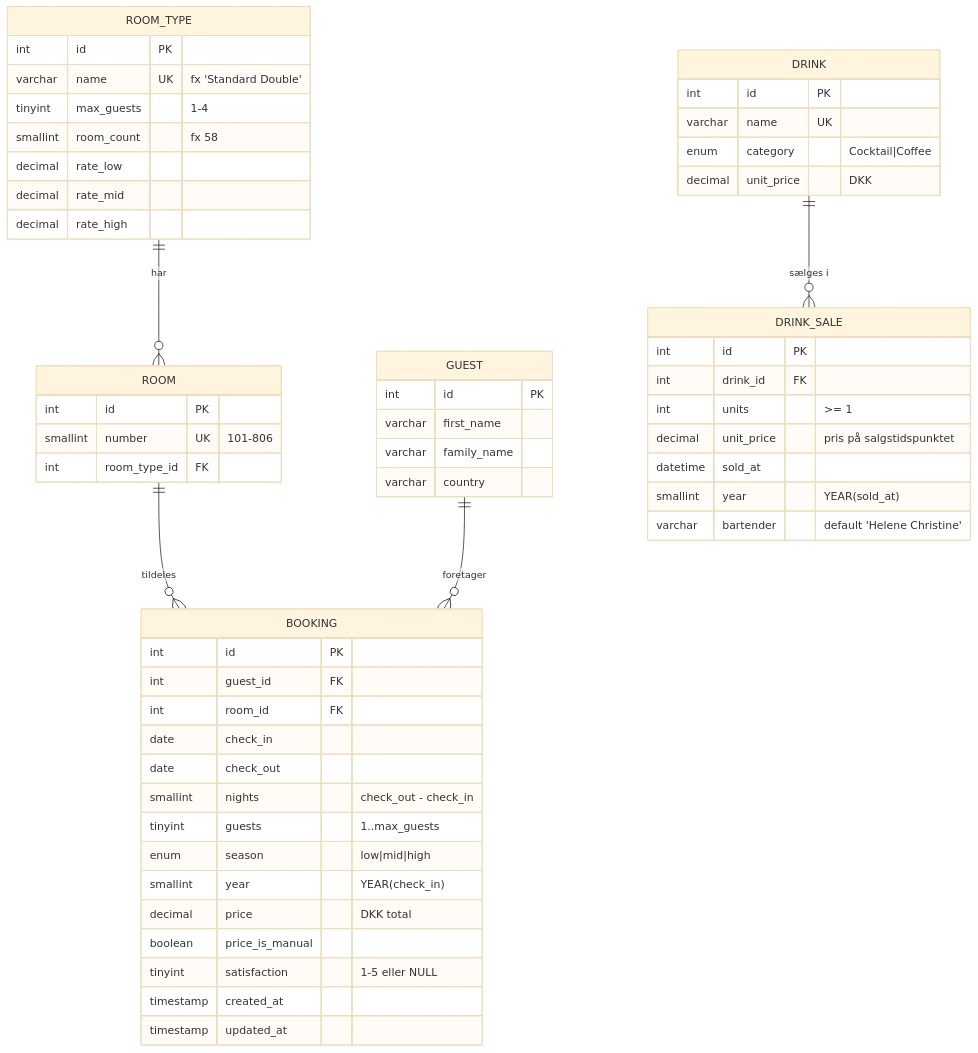
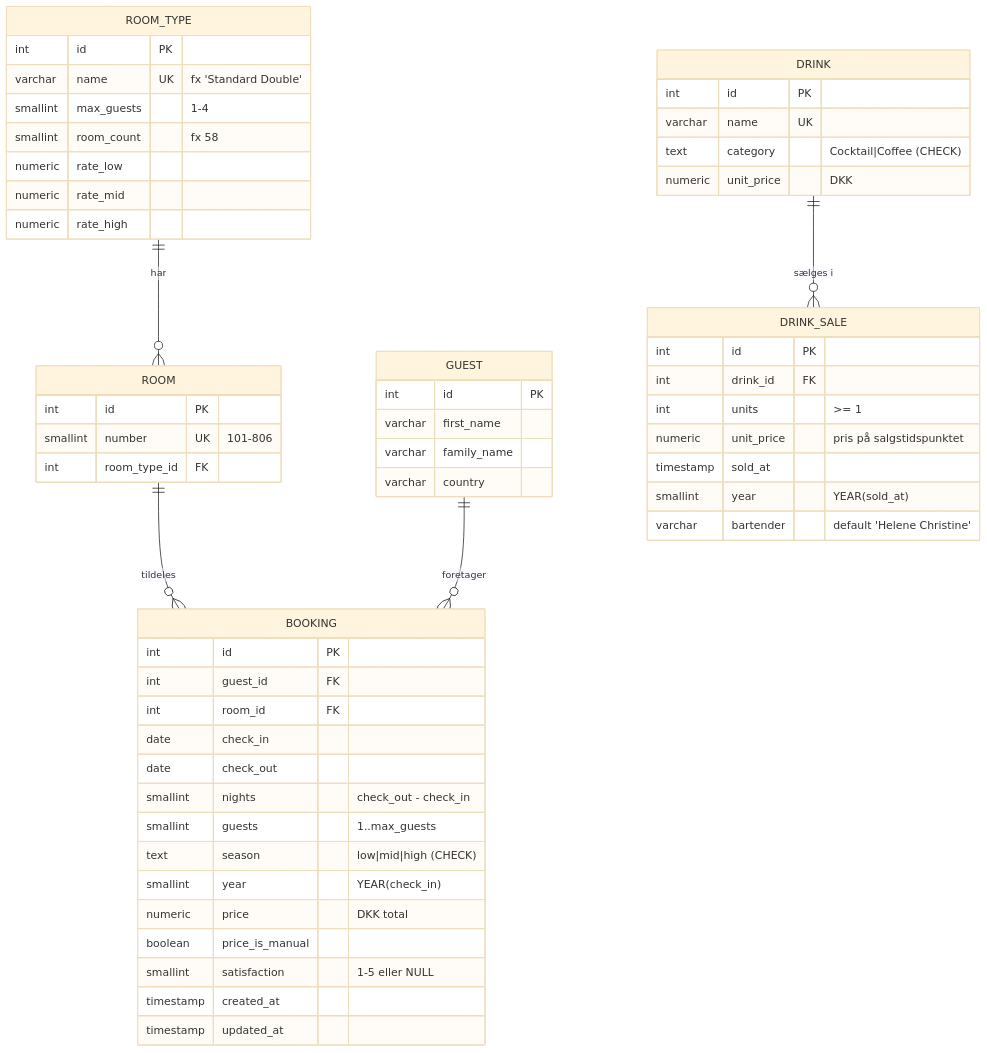
One commit to SebastianHoilund/Projekt-HotelKongArthur changed the first of 2 diagrams in specs/001-hotel-analytics-platform/data-model.md. Above: the diagram before and after it, drawn with Mermaid (base theme). The commit also changed other lines of this file and 8 other files, not shown here.

````diff
--- a/specs/001-hotel-analytics-platform/data-model.md
+++ b/specs/001-hotel-analytics-platform/data-model.md
@@ -9,59 +9,59 @@
 ```mermaid
 erDiagram
     ROOM_TYPE ||--o{ ROOM : "har"
     ROOM ||--o{ BOOKING : "tildeles"
     GUEST ||--o{ BOOKING : "foretager"
     DRINK ||--o{ DRINK_SALE : "sælges i"
 
     ROOM_TYPE {
         int id PK
         varchar name UK "fx 'Standard Double'"
-        tinyint max_guests "1-4"
+        smallint max_guests "1-4"
         smallint room_count "fx 58"
-        decimal rate_low
-        decimal rate_mid
-        decimal rate_high
+        numeric rate_low
+        numeric rate_mid
+        numeric rate_high
     }
     ROOM {
         int id PK
         smallint number UK "101-806"
         int room_type_id FK
     }
     GUEST {
         int id PK
         varchar first_name
         varchar family_name
         varchar country
     }
     BOOKING {
         int id PK
         int guest_id FK
         int room_id FK
         date check_in
         date check_out
         smallint nights "check_out - check_in"
-        tinyint guests "1..max_guests"
-        enum season "low|mid|high"
+        smallint guests "1..max_guests"
+        text season "low|mid|high (CHECK)"
         smallint year "YEAR(check_in)"
-        decimal price "DKK total"
+        numeric price "DKK total"
         boolean price_is_manual
-        tinyint satisfaction "1-5 eller NULL"
+        smallint satisfaction "1-5 eller NULL"
         timestamp created_at
         timestamp updated_at
     }
     DRINK {
         int id PK
         varchar name UK
-        enum category "Cocktail|Coffee"
-        decimal unit_price "DKK"
+        text category "Cocktail|Coffee (CHECK)"
+        numeric unit_price "DKK"
     }
     DRINK_SALE {
         int id PK
         int drink_id FK
         int units ">= 1"
-        decimal unit_price "pris på salgstidspunktet"
-        datetime sold_at
+        numeric unit_price "pris på salgstidspunktet"
+        timestamp sold_at
         smallint year "YEAR(sold_at)"
         varchar bartender "default 'Helene Christine'"
     }
 ```
````
